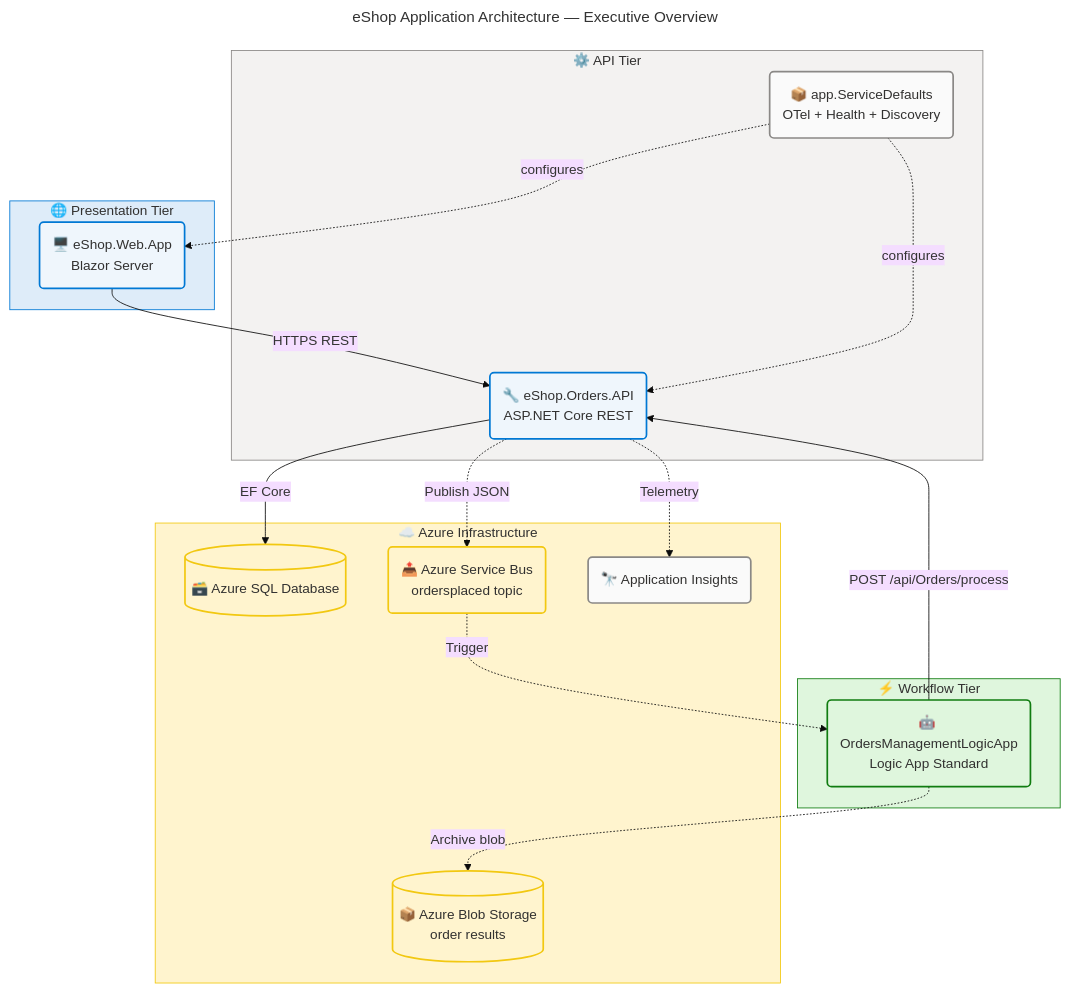
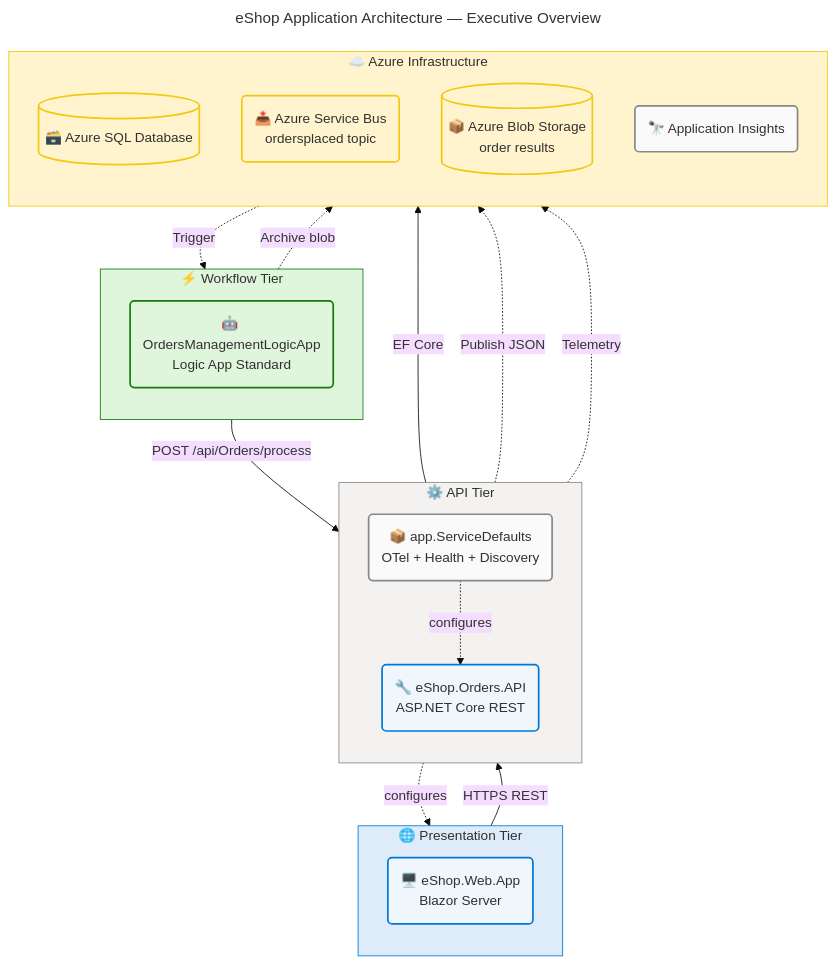
The first of 8 diagrams in docs/architecture/app-arch.md (Evilazaro/Azure-LogicApps-Monitoring), drawn with Mermaid before and after one commit.

Commit message:
Enhance architecture diagram by adding direction indicators for presentation, API, workflow, and infrastructure tiers

````diff
--- a/docs/architecture/app-arch.md
+++ b/docs/architecture/app-arch.md
@@ -46,67 +46,71 @@
 ```mermaid
 ---
 title: eShop Application Architecture — Executive Overview
 config:
   theme: base
   look: classic
   layout: dagre
   themeVariables:
     fontSize: '16px'
   flowchart:
     htmlLabels: true
 ---
 flowchart TB
     accTitle: eShop Application Architecture Executive Overview
     accDescr: High-level view of the three application units (eShop.Web.App, eShop.Orders.API, OrdersManagementLogicApp) and their relationships to Azure infrastructure services.
 
     %% ═══════════════════════════════════════════════════════════════════════════
     %% AZURE / FLUENT ARCHITECTURE PATTERN v2.0
     %% (Semantic + Structural + Font + Accessibility Governance)
     %% ═══════════════════════════════════════════════════════════════════════════
     %% PHASE 1 - FLUENT UI: All styling uses approved Fluent UI palette only
     %% PHASE 2 - GROUPS: Every subgraph has semantic color via style directive
     %% PHASE 3 - COMPONENTS: Every node has semantic classDef + icon prefix
     %% PHASE 4 - ACCESSIBILITY: accTitle/accDescr present, WCAG AA contrast
     %% PHASE 5 - STANDARD: Governance block present, classDefs centralized
     %% ═══════════════════════════════════════════════════════════════════════════
 
     subgraph presentation["🌐 Presentation Tier"]
+        direction TB
         WebApp("🖥️ eShop.Web.App<br/>Blazor Server"):::core
     end
 
     subgraph api["⚙️ API Tier"]
+        direction TB
         OrdersAPI("🔧 eShop.Orders.API<br/>ASP.NET Core REST"):::core
         ServiceDefaults("📦 app.ServiceDefaults<br/>OTel + Health + Discovery"):::neutral
     end
 
     subgraph workflow["⚡ Workflow Tier"]
+        direction TB
         LogicApp("🤖 OrdersManagementLogicApp<br/>Logic App Standard"):::success
     end
 
     subgraph infra["☁️ Azure Infrastructure"]
+        direction TB
         SQL[("🗃️ Azure SQL Database")]:::info
         SB("📤 Azure Service Bus<br/>ordersplaced topic"):::info
         Blob[("📦 Azure Blob Storage<br/>order results")]:::info
         AppInsights("🔭 Application Insights"):::neutral
     end
 
     WebApp -->|"HTTPS REST"| OrdersAPI
     OrdersAPI -->|"EF Core"| SQL
     OrdersAPI -.->|"Publish JSON"| SB
     OrdersAPI -.->|"Telemetry"| AppInsights
     SB -.->|"Trigger"| LogicApp
     LogicApp -->|"POST /api/Orders/process"| OrdersAPI
     LogicApp -.->|"Archive blob"| Blob
     ServiceDefaults -.->|"configures"| OrdersAPI
     ServiceDefaults -.->|"configures"| WebApp
 
     classDef core fill:#EFF6FC,stroke:#0078D4,stroke-width:2px,color:#323130
     classDef neutral fill:#FAFAFA,stroke:#8A8886,stroke-width:2px,color:#323130
     classDef success fill:#DFF6DD,stroke:#107C10,stroke-width:2px,color:#323130
     classDef info fill:#FFF4CE,stroke:#F2C811,stroke-width:2px,color:#323130
 
     style presentation fill:#DEECF9,stroke:#0078D4,stroke-width:1px,color:#323130
     style api fill:#F3F2F1,stroke:#8A8886,stroke-width:1px,color:#323130
     style workflow fill:#DFF6DD,stroke:#107C10,stroke-width:1px,color:#323130
     style infra fill:#FFF4CE,stroke:#F2C811,stroke-width:1px,color:#323130
 ```
````
